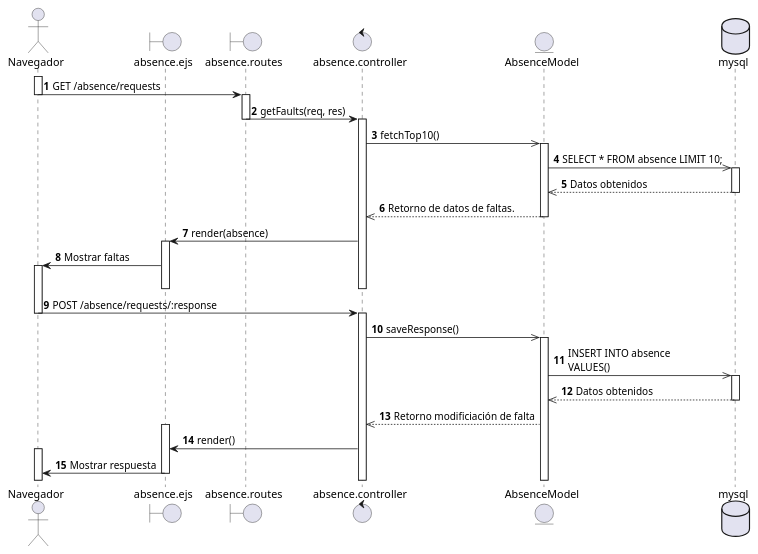
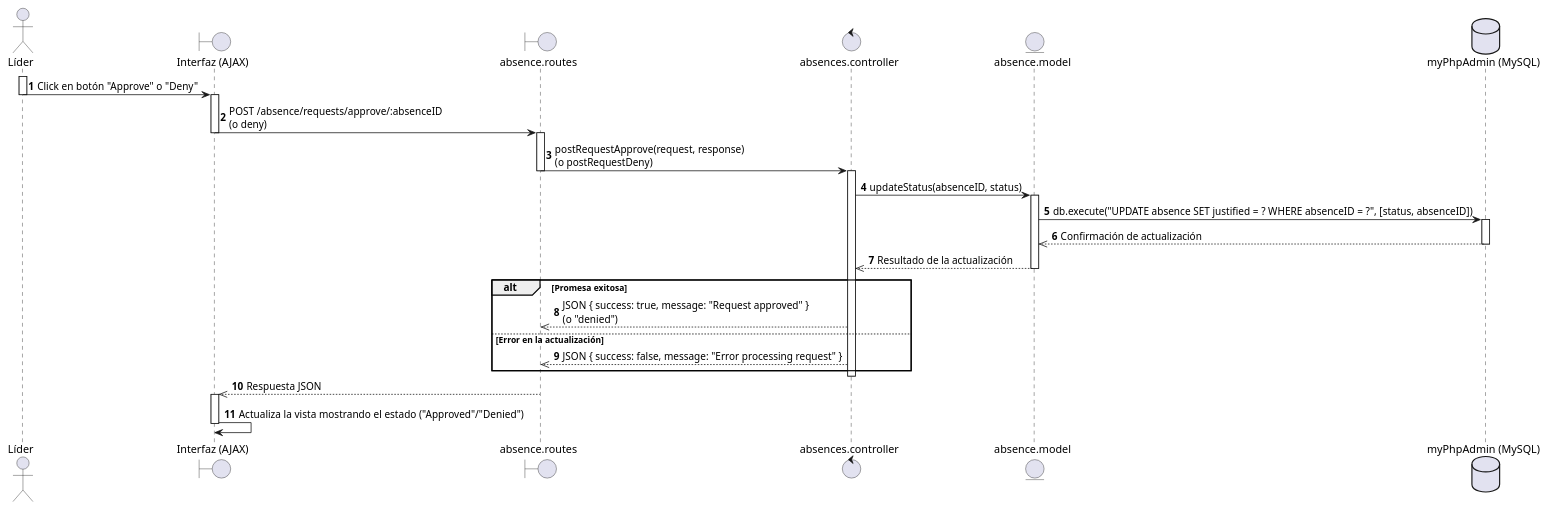
Before and after one commit to EdCanCe/WorkCells: the diagram in diagrams/Casos de Uso/Mauricio/diagrama de secuencia/CU01.puml, drawn with PlantUML. The commit also changed other lines of this file, not shown here.

```diff
--- a/diagrams/Casos de Uso/Mauricio/diagrama de secuencia/CU01.puml
+++ b/diagrams/Casos de Uso/Mauricio/diagrama de secuencia/CU01.puml
@@ -1,60 +1,54 @@
-@startuml CU01 - Líder registra respuesta hacia ausencia de colaborador - Diagrama de secuencia
-actor Navegador
-boundary absence.ejs
-boundary absence.routes
-control absence.controller
-entity AbsenceModel
-database mysql
-
+@startuml
+actor "Líder" as Leader
+boundary "Interfaz (AJAX)" as UI
+boundary "absence.routes" as Router
+control "absences.controller" as Controller
+entity "absence.model" as Absence
+database "myPhpAdmin (MySQL)" as MySQL
 
 autonumber
-' Inicio del flujo
-activate Navegador
-Navegador -> absence.routes : GET /absence/requests
-deactivate Navegador
-activate absence.routes
-absence.routes -> absence.controller : getFaults(req, res)
-deactivate absence.routes
-activate absence.controller
 
+' El líder inicia la acción desde la vista
+activate Leader
+Leader -> UI: Click en botón "Approve" o "Deny"
+deactivate Leader
 
-' Se utiliza la instancia para obtener los datos
-absence.controller ->> AbsenceModel : fetchTop10()
-activate AbsenceModel
+' La interfaz envía la petición AJAX al router
+activate UI
+UI -> Router: POST /absence/requests/approve/:absenceID\n(o deny)
+deactivate UI
 
-AbsenceModel ->> mysql : SELECT * FROM absence LIMIT 10;
-activate mysql
-mysql -->> AbsenceModel : Datos obtenidos
-deactivate mysql
+' El router invoca el método correspondiente del controlador
+activate Router
+Router -> Controller: postRequestApprove(request, response)\n(o postRequestDeny)
+deactivate Router
 
-AbsenceModel -->> absence.controller : Retorno de datos de faltas.
-deactivate AbsenceModel
+' El controlador actualiza el estado de la ausencia
+activate Controller
+Controller -> Absence: updateStatus(absenceID, status)
+activate Absence
+Absence -> MySQL: db.execute("UPDATE absence SET justified = ? WHERE absenceID = ?", [status, absenceID])
+activate MySQL
+MySQL -->> Absence: Confirmación de actualización
+deactivate MySQL
+Absence -->> Controller: Resultado de la actualización
+deactivate Absence
 
-absence.controller -> absence.ejs : render(absence)
-activate absence.ejs
-absence.ejs -> Navegador : Mostrar faltas
-activate Navegador
-deactivate absence.ejs
-deactivate absence.controller
-deactivate absence.routes
+' Se envía la respuesta al cliente
+alt Promesa exitosa
+    Controller -->> Router: JSON { success: true, message: "Request approved" }\n(o "denied")
+else Error en la actualización
+    Controller -->> Router: JSON { success: false, message: "Error processing request" }
+end
+deactivate Controller
 
-Navegador -> absence.controller : POST /absence/requests/:response
-deactivate Navegador
-activate absence.controller
-absence.controller ->> AbsenceModel : saveResponse()
+' El router reenvía la respuesta a la interfaz AJAX
+activate Router
+Router -->> UI: Respuesta JSON
+deactivate Router
 
-activate AbsenceModel
-' absenceID, startDate, endDate, reason, justified, absenceUserIDFK
-AbsenceModel ->> mysql : INSERT INTO absence \nVALUES()
-activate mysql
-mysql -->> AbsenceModel : Datos obtenidos
-deactivate mysql
-AbsenceModel -->> absence.controller : Retorno modificiación de falta
-activate absence.ejs
-absence.controller -> absence.ejs : render()
-activate Navegador
-absence.ejs -> Navegador : Mostrar respuesta
-deactivate absence.ejs
-
-
+' La interfaz AJAX actualiza la vista en el navegador
+activate UI
+UI -> UI: Actualiza la vista mostrando el estado ("Approved"/"Denied")
+deactivate UI
 @enduml
```
